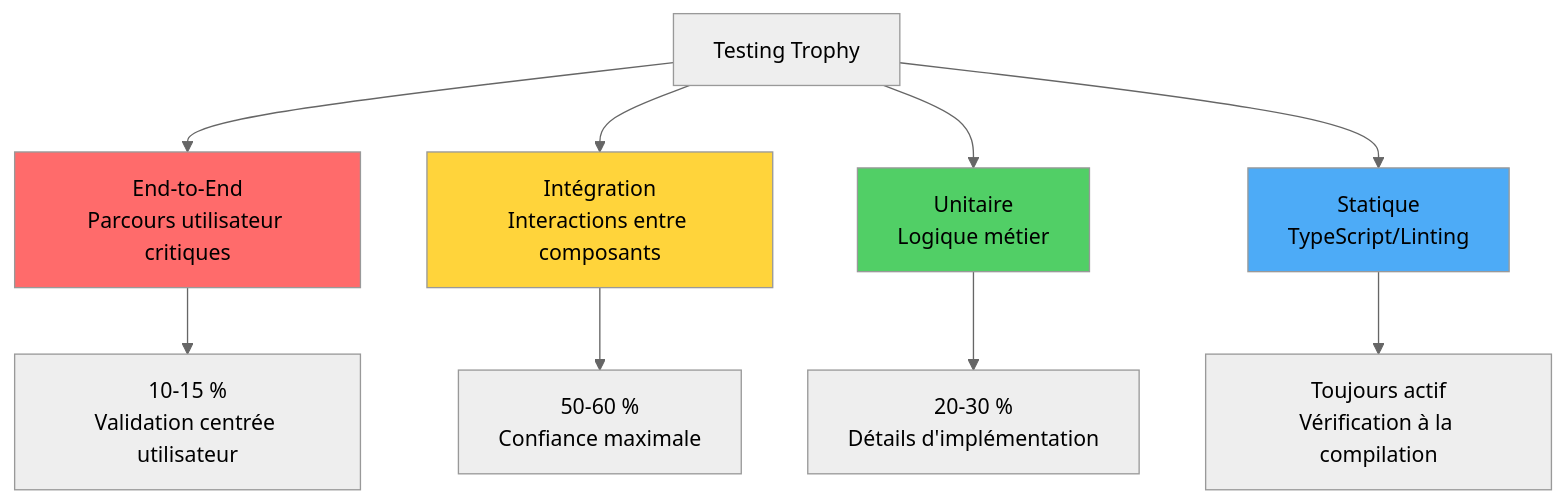
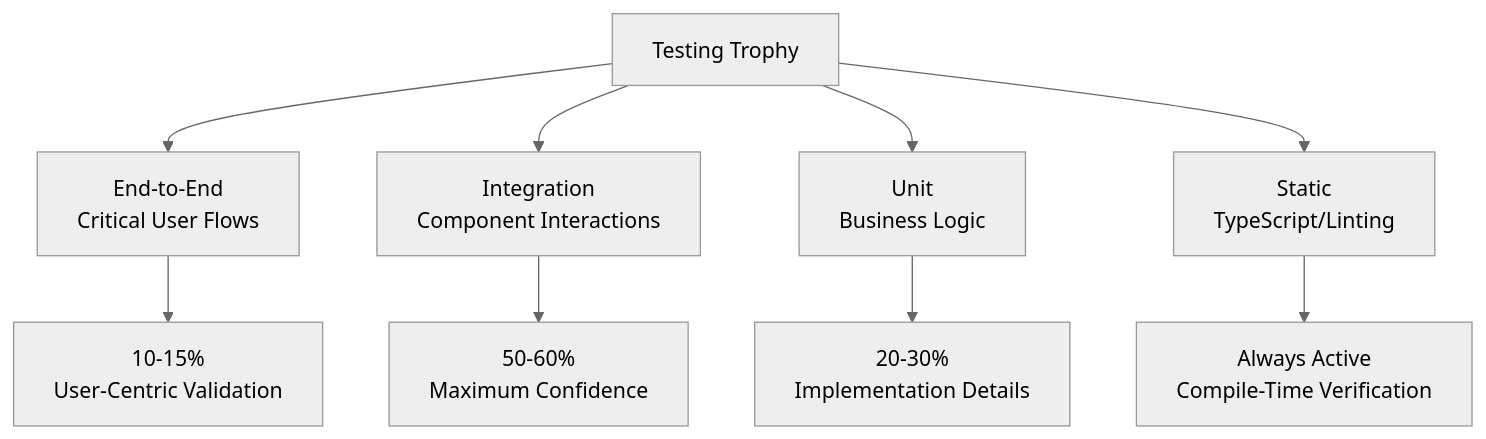
Before and after one commit to BabaScience/react-guides: the second of 10 diagrams in arguments/chapters/fr/10-testing.md, drawn with Mermaid (neutral theme). The commit also changed other lines of this file and 29 other files, not shown here.

First line of the commit message:
Bring React FR/IT translations to full English parity + theme-safe diagrams

````diff
--- a/arguments/chapters/fr/10-testing.md
+++ b/arguments/chapters/fr/10-testing.md
@@ -41,17 +40,13 @@
 ```mermaid
 graph TD
-    A[Testing Trophy] --> B[End-to-End<br/>Parcours utilisateur critiques]
-    A --> C[Intégration<br/>Interactions entre composants]
-    A --> D[Unitaire<br/>Logique métier]
-    A --> E[Statique<br/>TypeScript/Linting]
-
-    B --> B1[10-15 %<br/>Validation centrée utilisateur]
-    C --> C1[50-60 %<br/>Confiance maximale]
-    D --> D1[20-30 %<br/>Détails d'implémentation]
-    E --> E1[Toujours actif<br/>Vérification à la compilation]
-
-    style E fill:#4dabf7
-    style D fill:#51cf66
-    style C fill:#ffd43b
-    style B fill:#ff6b6b
+    A[Testing Trophy] --> B[End-to-End<br/>Critical User Flows]
+    A --> C[Integration<br/>Component Interactions]
+    A --> D[Unit<br/>Business Logic]
+    A --> E[Static<br/>TypeScript/Linting]
+    
+    B --> B1[10-15%<br/>User-Centric Validation]
+    C --> C1[50-60%<br/>Maximum Confidence]
+    D --> D1[20-30%<br/>Implementation Details]
+    E --> E1[Always Active<br/>Compile-Time Verification]
+    
 ```
````
